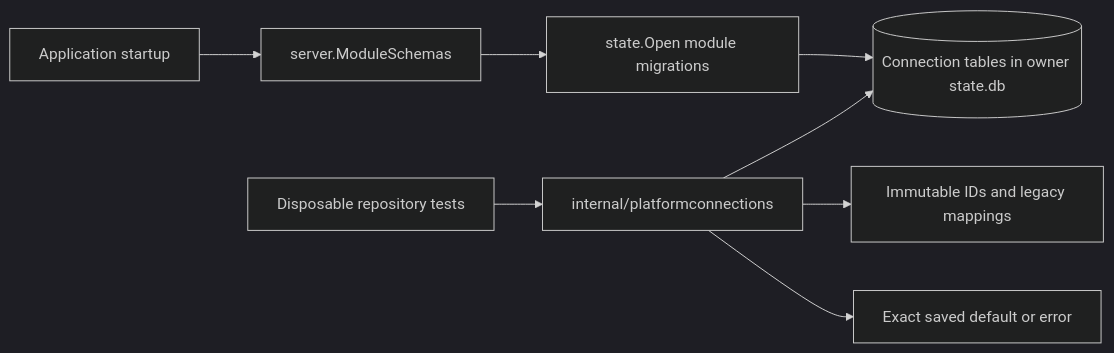
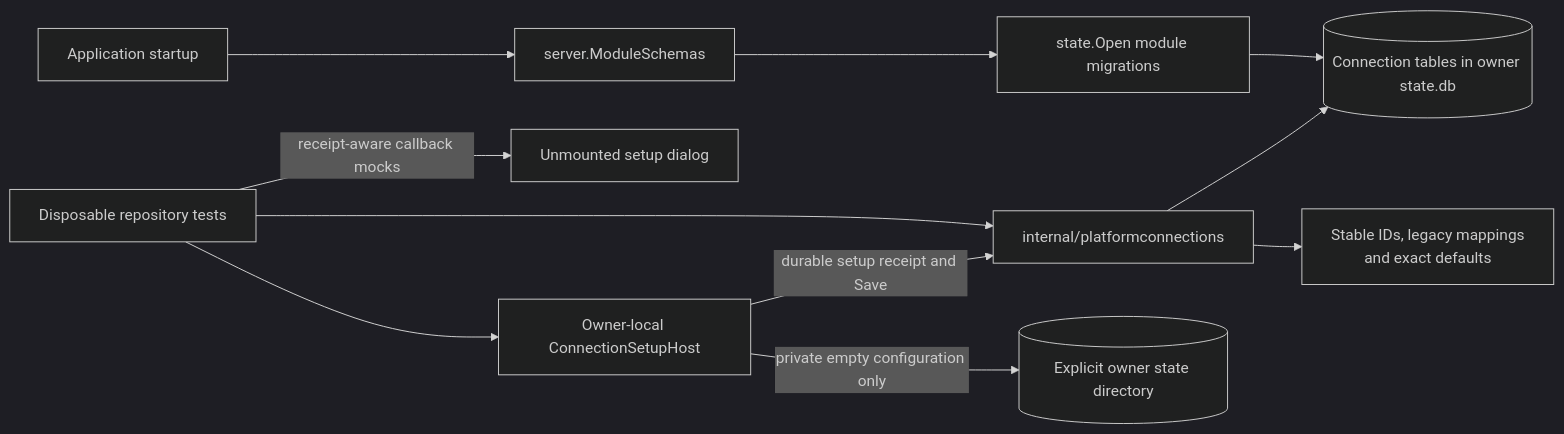
One commit to ocman/ocman changed the diagram in docs/other/architecture-platform-connections.md. Above: the diagram before and after it, drawn with Mermaid (dark theme). The commit also changed other lines of this file and 10 other files, not shown here.

Commit message:
feat(platforms): reserve owner-local connection setup

````diff
--- a/docs/other/architecture-platform-connections.md
+++ b/docs/other/architecture-platform-connections.md
@@ -11,10 +11,13 @@
 ```mermaid
 flowchart LR
     Startup[Application startup] --> Schemas[server.ModuleSchemas]
     Schemas --> Migration[state.Open module migrations]
     Migration --> Tables[(Connection tables in owner state.db)]
     Tests[Disposable repository tests] --> Store[internal/platformconnections]
+    Tests -->|receipt-aware callback mocks| Dialog[Unmounted setup dialog]
+    Tests --> Host[Owner-local ConnectionSetupHost]
+    Host -->|durable setup receipt and Save| Store
+    Host -->|private empty configuration only| Config[(Explicit owner state directory)]
     Store --> Tables
-    Store --> Identity[Immutable IDs and legacy mappings]
-    Store --> Preference[Exact saved default or error]
+    Store --> Identity[Stable IDs, legacy mappings<br/>and exact defaults]
 ```
````
